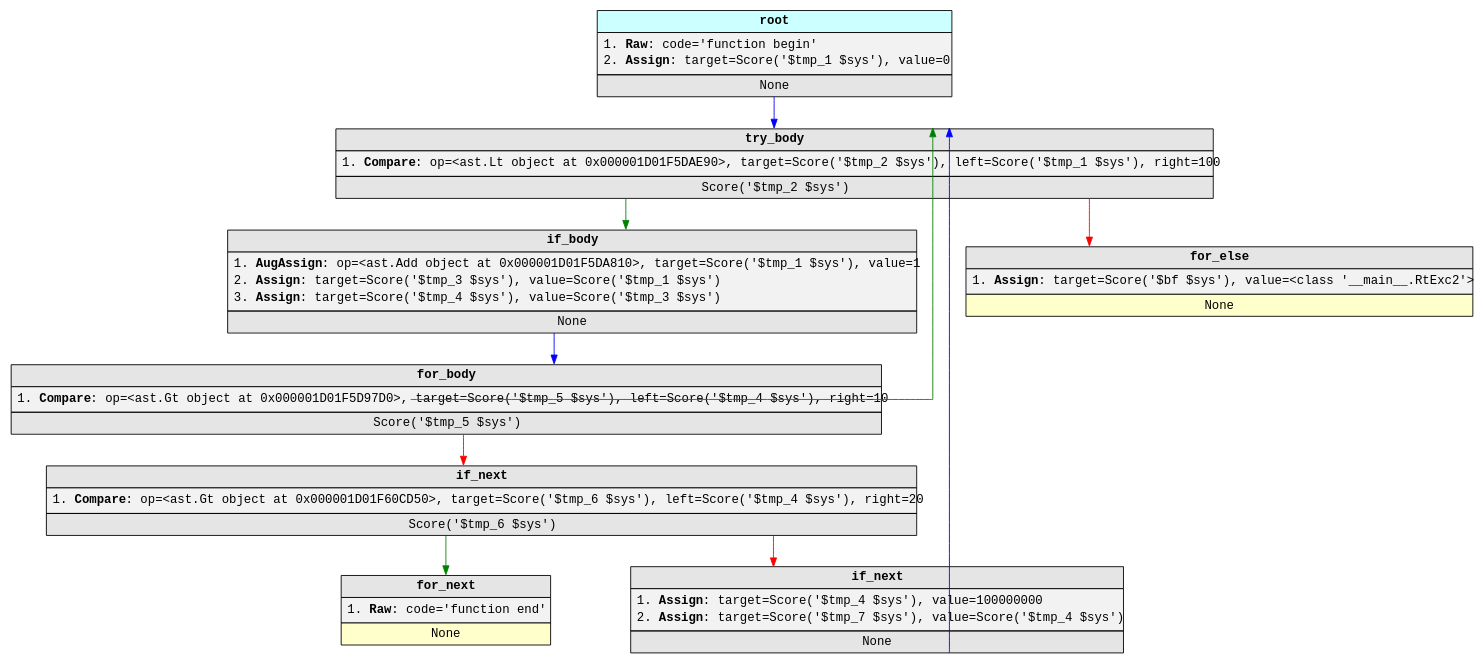
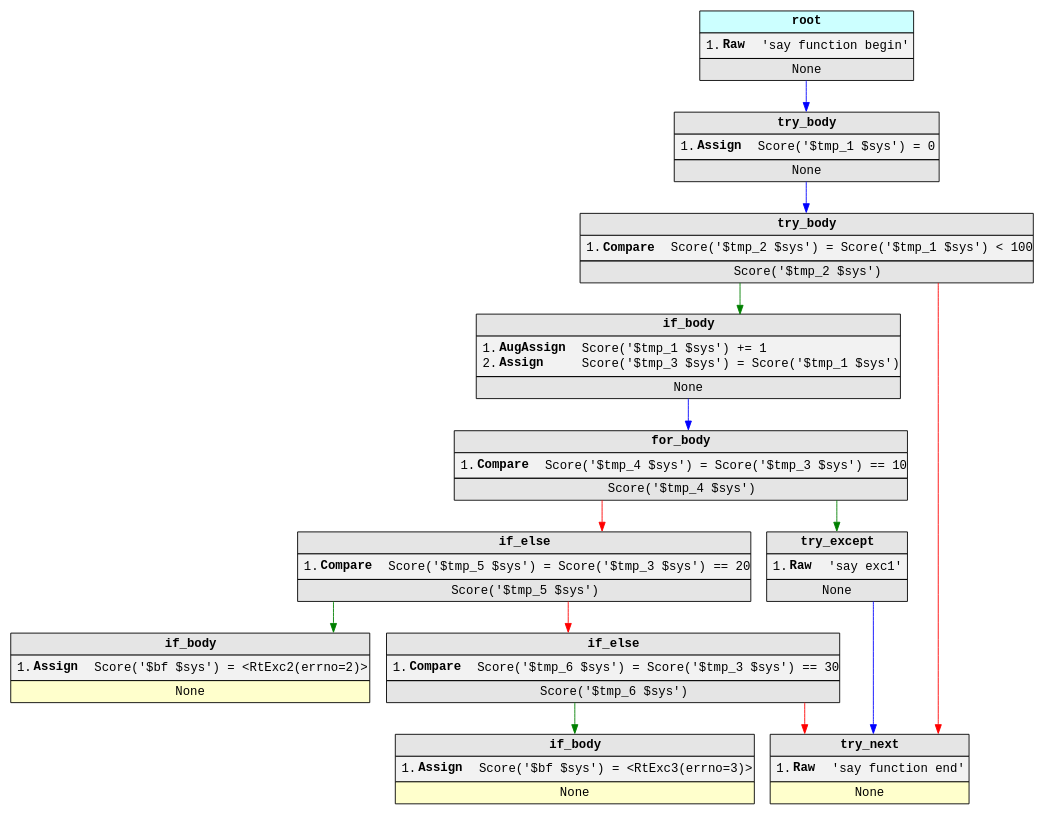
One commit to 00ll00/pymcf changed the diagram in test.dot. Above: the diagram before and after it, drawn with Graphviz. The commit also changed 11 other files, not shown here.

```diff
--- a/test.dot
+++ b/test.dot
@@ -1,90 +1,117 @@
 digraph {
 	node [fontname="Courier New"]
 	edge [fontname="Courier New"]
 	bgcolor=white splines=ortho
-	node_1993391260880 [label=<
+	node_1664862349008 [label=<
                     <table border="0" cellborder="1" cellspacing="0" cellpadding="4">
-                        <tr><td><b>for_else</b></td></tr>
-                        <tr><td bgcolor="gray95"><table border="0" cellborder="0" cellspacing="0" >
-                            <tr><td align="left">1. <b>Assign</b>: target=Score(&#x27;$bf $sys&#x27;), value=&lt;class &#x27;__main__.RtExc2&#x27;&gt;</td></tr>
+                        <tr><td><b>try_next</b></td></tr>
+                        <tr><td bgcolor="gray95"><table border="0" cellborder="0" cellspacing="2" cellpadding="0">
+                            <tr><td align="left">1.</td><td align="left"><b>Raw</b>  </td><td align="left">&#x27;say function end&#x27;</td></tr>
                         </table></td></tr>
                         <tr><td bgcolor="#ffffcc">None</td></tr>
                     </table>
                     > fillcolor=gray90 shape=plain style=filled]
-	node_1993391270352 [label=<
+	node_1664862505040 [label=<
                     <table border="0" cellborder="1" cellspacing="0" cellpadding="4">
-                        <tr><td><b>if_next</b></td></tr>
-                        <tr><td bgcolor="gray95"><table border="0" cellborder="0" cellspacing="0" >
-                            <tr><td align="left">1. <b>Assign</b>: target=Score(&#x27;$tmp_4 $sys&#x27;), value=100000000</td></tr>
-<tr><td align="left">2. <b>Assign</b>: target=Score(&#x27;$tmp_7 $sys&#x27;), value=Score(&#x27;$tmp_4 $sys&#x27;)</td></tr>
+                        <tr><td><b>if_body</b></td></tr>
+                        <tr><td bgcolor="gray95"><table border="0" cellborder="0" cellspacing="2" cellpadding="0">
+                            <tr><td align="left">1.</td><td align="left"><b>Assign</b>  </td><td align="left">Score(&#x27;$bf $sys&#x27;) = &lt;RtExc3(errno=3)&gt;</td></tr>
+                        </table></td></tr>
+                        <tr><td bgcolor="#ffffcc">None</td></tr>
+                    </table>
+                    > fillcolor=gray90 shape=plain style=filled]
+	node_1664862504016 [label=<
+                    <table border="0" cellborder="1" cellspacing="0" cellpadding="4">
+                        <tr><td><b>if_else</b></td></tr>
+                        <tr><td bgcolor="gray95"><table border="0" cellborder="0" cellspacing="2" cellpadding="0">
+                            <tr><td align="left">1.</td><td align="left"><b>Compare</b>  </td><td align="left">Score(&#x27;$tmp_6 $sys&#x27;) = Score(&#x27;$tmp_3 $sys&#x27;) == 30</td></tr>
+                        </table></td></tr>
+                        <tr><td>Score(&#x27;$tmp_6 $sys&#x27;)</td></tr>
+                    </table>
+                    > fillcolor=gray90 shape=plain style=filled]
+	node_1664862504016:sw -> node_1664862505040:n [color=green]
+	node_1664862504016:se -> node_1664862349008:n [color=red]
+	node_1664862503632 [label=<
+                    <table border="0" cellborder="1" cellspacing="0" cellpadding="4">
+                        <tr><td><b>if_body</b></td></tr>
+                        <tr><td bgcolor="gray95"><table border="0" cellborder="0" cellspacing="2" cellpadding="0">
+                            <tr><td align="left">1.</td><td align="left"><b>Assign</b>  </td><td align="left">Score(&#x27;$bf $sys&#x27;) = &lt;RtExc2(errno=2)&gt;</td></tr>
+                        </table></td></tr>
+                        <tr><td bgcolor="#ffffcc">None</td></tr>
+                    </table>
+                    > fillcolor=gray90 shape=plain style=filled]
+	node_1664862469328 [label=<
+                    <table border="0" cellborder="1" cellspacing="0" cellpadding="4">
+                        <tr><td><b>if_else</b></td></tr>
+                        <tr><td bgcolor="gray95"><table border="0" cellborder="0" cellspacing="2" cellpadding="0">
+                            <tr><td align="left">1.</td><td align="left"><b>Compare</b>  </td><td align="left">Score(&#x27;$tmp_5 $sys&#x27;) = Score(&#x27;$tmp_3 $sys&#x27;) == 20</td></tr>
+                        </table></td></tr>
+                        <tr><td>Score(&#x27;$tmp_5 $sys&#x27;)</td></tr>
+                    </table>
+                    > fillcolor=gray90 shape=plain style=filled]
+	node_1664862469328:sw -> node_1664862503632:n [color=green]
+	node_1664862469328:se -> node_1664862504016:n [color=red]
+	node_1664862464272 [label=<
+                    <table border="0" cellborder="1" cellspacing="0" cellpadding="4">
+                        <tr><td><b>try_except</b></td></tr>
+                        <tr><td bgcolor="gray95"><table border="0" cellborder="0" cellspacing="2" cellpadding="0">
+                            <tr><td align="left">1.</td><td align="left"><b>Raw</b>  </td><td align="left">&#x27;say exc1&#x27;</td></tr>
                         </table></td></tr>
                         <tr><td>None</td></tr>
                     </table>
                     > fillcolor=gray90 shape=plain style=filled]
-	node_1993391270352:s -> node_1993391265232:n [color=blue]
-	node_1993391263632 [label=<
+	node_1664862464272:s -> node_1664862349008:n [color=blue]
+	node_1664862466640 [label=<
                     <table border="0" cellborder="1" cellspacing="0" cellpadding="4">
-                        <tr><td><b>for_next</b></td></tr>
-                        <tr><td bgcolor="gray95"><table border="0" cellborder="0" cellspacing="0" >
-                            <tr><td align="left">1. <b>Raw</b>: code=&#x27;function end&#x27;</td></tr>
+                        <tr><td><b>for_body</b></td></tr>
+                        <tr><td bgcolor="gray95"><table border="0" cellborder="0" cellspacing="2" cellpadding="0">
+                            <tr><td align="left">1.</td><td align="left"><b>Compare</b>  </td><td align="left">Score(&#x27;$tmp_4 $sys&#x27;) = Score(&#x27;$tmp_3 $sys&#x27;) == 10</td></tr>
                         </table></td></tr>
-                        <tr><td bgcolor="#ffffcc">None</td></tr>
+                        <tr><td>Score(&#x27;$tmp_4 $sys&#x27;)</td></tr>
                     </table>
                     > fillcolor=gray90 shape=plain style=filled]
-	node_1993391268880 [label=<
-                    <table border="0" cellborder="1" cellspacing="0" cellpadding="4">
-                        <tr><td><b>if_next</b></td></tr>
-                        <tr><td bgcolor="gray95"><table border="0" cellborder="0" cellspacing="0" >
-                            <tr><td align="left">1. <b>Compare</b>: op=&lt;ast.Gt object at 0x000001D01F60CD50&gt;, target=Score(&#x27;$tmp_6 $sys&#x27;), left=Score(&#x27;$tmp_4 $sys&#x27;), right=20</td></tr>
-                        </table></td></tr>
-                        <tr><td>Score(&#x27;$tmp_6 $sys&#x27;)</td></tr>
-                    </table>
-                    > fillcolor=gray90 shape=plain style=filled]
-	node_1993391268880:sw -> node_1993391263632:n [color=green]
-	node_1993391268880:se -> node_1993391270352:n [color=red]
-	node_1993391263760 [label=<
-                    <table border="0" cellborder="1" cellspacing="0" cellpadding="4">
-                        <tr><td><b>for_body</b></td></tr>
-                        <tr><td bgcolor="gray95"><table border="0" cellborder="0" cellspacing="0" >
-                            <tr><td align="left">1. <b>Compare</b>: op=&lt;ast.Gt object at 0x000001D01F5D97D0&gt;, target=Score(&#x27;$tmp_5 $sys&#x27;), left=Score(&#x27;$tmp_4 $sys&#x27;), right=10</td></tr>
-                        </table></td></tr>
-                        <tr><td>Score(&#x27;$tmp_5 $sys&#x27;)</td></tr>
-                    </table>
-                    > fillcolor=gray90 shape=plain style=filled]
-	node_1993391263760:sw -> node_1993391265232:n [color=green]
-	node_1993391263760:se -> node_1993391268880:n [color=red]
-	node_1993391262352 [label=<
+	node_1664862466640:sw -> node_1664862464272:n [color=green]
+	node_1664862466640:se -> node_1664862469328:n [color=red]
+	node_1664862468752 [label=<
                     <table border="0" cellborder="1" cellspacing="0" cellpadding="4">
                         <tr><td><b>if_body</b></td></tr>
-                        <tr><td bgcolor="gray95"><table border="0" cellborder="0" cellspacing="0" >
-                            <tr><td align="left">1. <b>AugAssign</b>: op=&lt;ast.Add object at 0x000001D01F5DA810&gt;, target=Score(&#x27;$tmp_1 $sys&#x27;), value=1</td></tr>
-<tr><td align="left">2. <b>Assign</b>: target=Score(&#x27;$tmp_3 $sys&#x27;), value=Score(&#x27;$tmp_1 $sys&#x27;)</td></tr>
-<tr><td align="left">3. <b>Assign</b>: target=Score(&#x27;$tmp_4 $sys&#x27;), value=Score(&#x27;$tmp_3 $sys&#x27;)</td></tr>
+                        <tr><td bgcolor="gray95"><table border="0" cellborder="0" cellspacing="2" cellpadding="0">
+                            <tr><td align="left">1.</td><td align="left"><b>AugAssign</b>  </td><td align="left">Score(&#x27;$tmp_1 $sys&#x27;) += 1</td></tr>
+<tr><td align="left">2.</td><td align="left"><b>Assign</b>  </td><td align="left">Score(&#x27;$tmp_3 $sys&#x27;) = Score(&#x27;$tmp_1 $sys&#x27;)</td></tr>
                         </table></td></tr>
                         <tr><td>None</td></tr>
                     </table>
                     > fillcolor=gray90 shape=plain style=filled]
-	node_1993391262352:s -> node_1993391263760:n [color=blue]
-	node_1993391265232 [label=<
+	node_1664862468752:s -> node_1664862466640:n [color=blue]
+	node_1664862468240 [label=<
                     <table border="0" cellborder="1" cellspacing="0" cellpadding="4">
                         <tr><td><b>try_body</b></td></tr>
-                        <tr><td bgcolor="gray95"><table border="0" cellborder="0" cellspacing="0" >
-                            <tr><td align="left">1. <b>Compare</b>: op=&lt;ast.Lt object at 0x000001D01F5DAE90&gt;, target=Score(&#x27;$tmp_2 $sys&#x27;), left=Score(&#x27;$tmp_1 $sys&#x27;), right=100</td></tr>
+                        <tr><td bgcolor="gray95"><table border="0" cellborder="0" cellspacing="2" cellpadding="0">
+                            <tr><td align="left">1.</td><td align="left"><b>Compare</b>  </td><td align="left">Score(&#x27;$tmp_2 $sys&#x27;) = Score(&#x27;$tmp_1 $sys&#x27;) &lt; 100</td></tr>
                         </table></td></tr>
                         <tr><td>Score(&#x27;$tmp_2 $sys&#x27;)</td></tr>
                     </table>
                     > fillcolor=gray90 shape=plain style=filled]
-	node_1993391265232:sw -> node_1993391262352:n [color=green]
-	node_1993391265232:se -> node_1993391260880:n [color=red]
-	node_1993350668560 [label=<
+	node_1664862468240:sw -> node_1664862468752:n [color=green]
+	node_1664862468240:se -> node_1664862349008:n [color=red]
+	node_1664859179280 [label=<
                     <table border="0" cellborder="1" cellspacing="0" cellpadding="4">
-                        <tr><td bgcolor="#ccffff"><b>root</b></td></tr>
-                        <tr><td bgcolor="gray95"><table border="0" cellborder="0" cellspacing="0" >
-                            <tr><td align="left">1. <b>Raw</b>: code=&#x27;function begin&#x27;</td></tr>
-<tr><td align="left">2. <b>Assign</b>: target=Score(&#x27;$tmp_1 $sys&#x27;), value=0</td></tr>
+                        <tr><td><b>try_body</b></td></tr>
+                        <tr><td bgcolor="gray95"><table border="0" cellborder="0" cellspacing="2" cellpadding="0">
+                            <tr><td align="left">1.</td><td align="left"><b>Assign</b>  </td><td align="left">Score(&#x27;$tmp_1 $sys&#x27;) = 0</td></tr>
                         </table></td></tr>
                         <tr><td>None</td></tr>
                     </table>
                     > fillcolor=gray90 shape=plain style=filled]
-	node_1993350668560:s -> node_1993391265232:n [color=blue]
+	node_1664859179280:s -> node_1664862468240:n [color=blue]
+	node_1664857928784 [label=<
+                    <table border="0" cellborder="1" cellspacing="0" cellpadding="4">
+                        <tr><td bgcolor="#ccffff"><b>root</b></td></tr>
+                        <tr><td bgcolor="gray95"><table border="0" cellborder="0" cellspacing="2" cellpadding="0">
+                            <tr><td align="left">1.</td><td align="left"><b>Raw</b>  </td><td align="left">&#x27;say function begin&#x27;</td></tr>
+                        </table></td></tr>
+                        <tr><td>None</td></tr>
+                    </table>
+                    > fillcolor=gray90 shape=plain style=filled]
+	node_1664857928784:s -> node_1664859179280:n [color=blue]
 }
```
